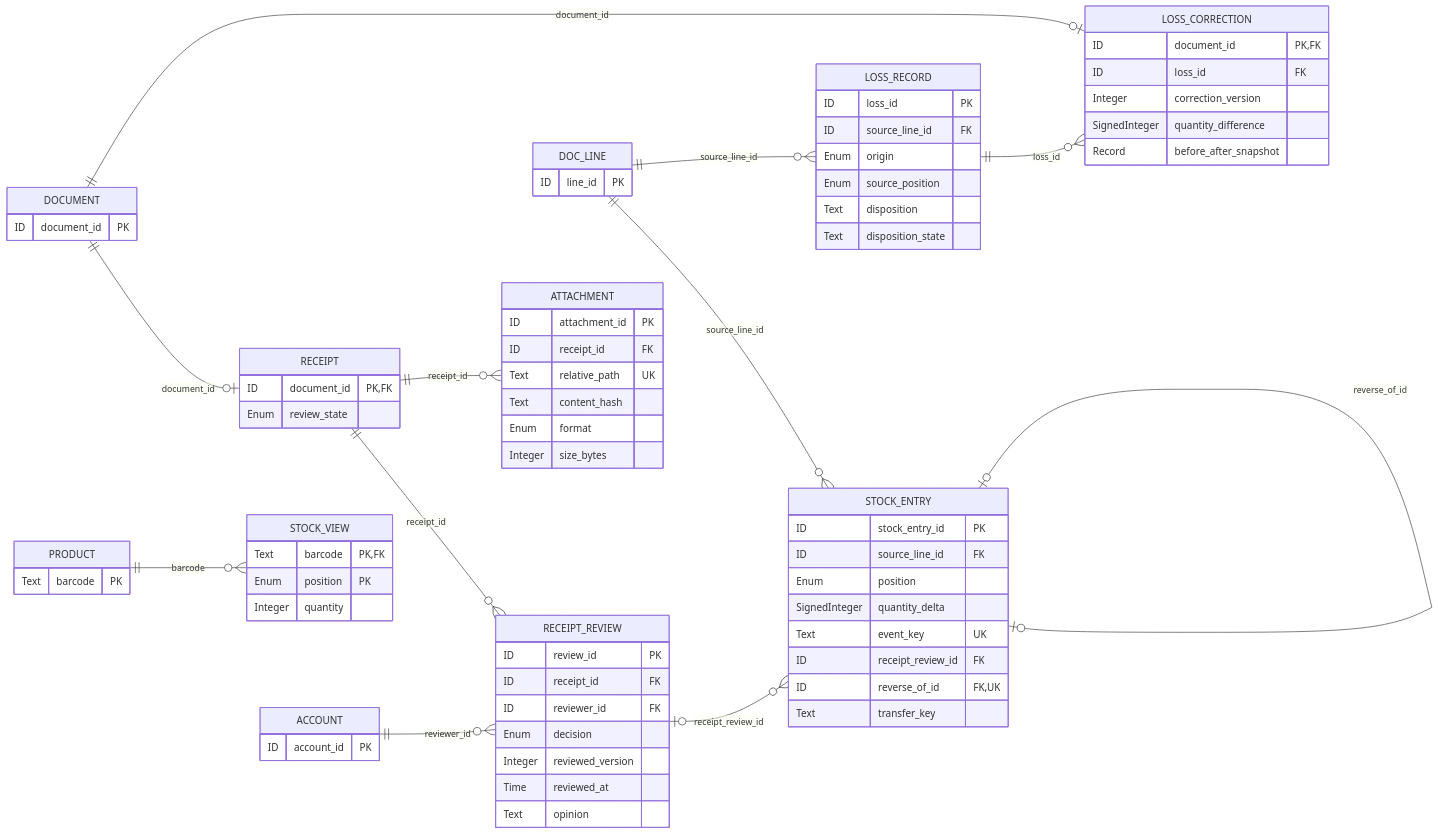
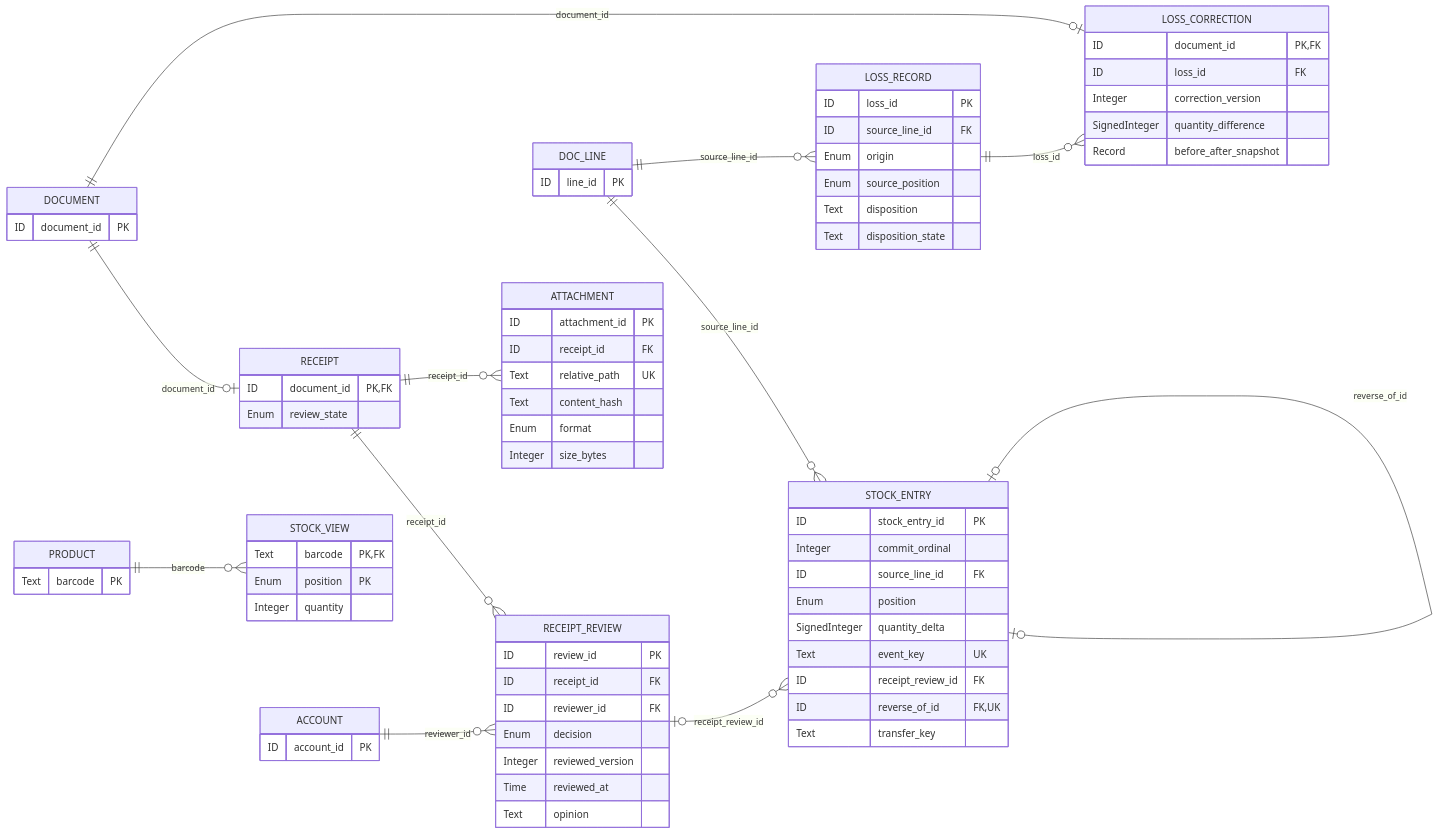
One commit to Noctis-SiKong/supermarket-management changed the second of 4 diagrams in docs/Project_ERD.md. Above: the diagram before and after it, drawn with Mermaid. The commit also changed other lines of this file and 5 other files, not shown here.

````diff
--- a/docs/Project_ERD.md
+++ b/docs/Project_ERD.md
@@ -126,78 +126,79 @@
 ```mermaid
 erDiagram
     direction LR
     ACCOUNT {
         ID account_id PK
     }
     PRODUCT {
         Text barcode PK
     }
     DOCUMENT {
         ID document_id PK
     }
     DOC_LINE {
         ID line_id PK
     }
     RECEIPT {
         ID document_id PK,FK
         Enum review_state
     }
     RECEIPT_REVIEW {
         ID review_id PK
         ID receipt_id FK
         ID reviewer_id FK
         Enum decision
         Integer reviewed_version
         Time reviewed_at
         Text opinion
     }
     ATTACHMENT {
         ID attachment_id PK
         ID receipt_id FK
         Text relative_path UK
         Text content_hash
         Enum format
         Integer size_bytes
     }
     STOCK_ENTRY {
         ID stock_entry_id PK
+        Integer commit_ordinal
         ID source_line_id FK
         Enum position
         SignedInteger quantity_delta
         Text event_key UK
         ID receipt_review_id FK
         ID reverse_of_id FK,UK
         Text transfer_key
     }
     LOSS_RECORD {
         ID loss_id PK
         ID source_line_id FK
         Enum origin
         Enum source_position
         Text disposition
         Text disposition_state
     }
     LOSS_CORRECTION {
         ID document_id PK,FK
         ID loss_id FK
         Integer correction_version
         SignedInteger quantity_difference
         Record before_after_snapshot
     }
     STOCK_VIEW {
         Text barcode PK,FK
         Enum position PK
         Integer quantity
     }
     DOCUMENT ||--o| RECEIPT : "document_id"
     RECEIPT ||--o{ RECEIPT_REVIEW : "receipt_id"
     ACCOUNT ||--o{ RECEIPT_REVIEW : "reviewer_id"
     RECEIPT ||--o{ ATTACHMENT : "receipt_id"
     DOC_LINE ||--o{ STOCK_ENTRY : "source_line_id"
     RECEIPT_REVIEW o|--o{ STOCK_ENTRY : "receipt_review_id"
     STOCK_ENTRY o|--o| STOCK_ENTRY : "reverse_of_id"
     DOC_LINE ||--o{ LOSS_RECORD : "source_line_id"
     DOCUMENT ||--o| LOSS_CORRECTION : "document_id"
     LOSS_RECORD ||--o{ LOSS_CORRECTION : "loss_id"
     PRODUCT ||--o{ STOCK_VIEW : "barcode"
 ```
````
